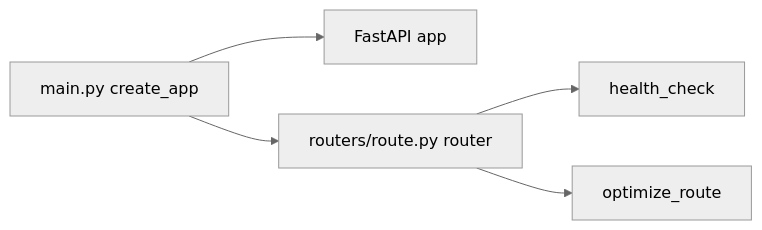
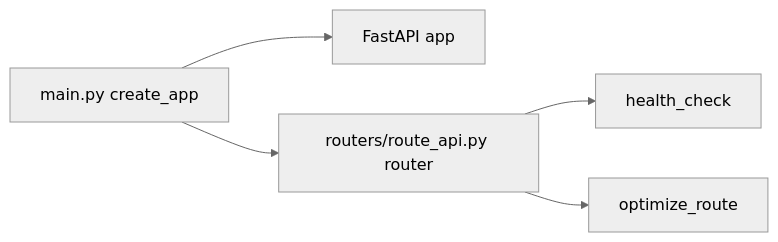
The seventh of 10 diagrams in backend/Backend-Structure.md (Duy-Nguyen-2006/Project1-Road-Finder), drawn with Mermaid (neutral theme) before and after one commit. The commit also changed other lines of this file and 20 other files, not shown here.

````diff
--- a/backend/Backend-Structure.md
+++ b/backend/Backend-Structure.md
@@ -227,7 +227,7 @@
 ```mermaid
 flowchart LR
     MAIN[main.py create_app] --> FASTAPI[FastAPI app]
-    MAIN --> ROUTER[routers/route.py router]
+    MAIN --> ROUTER[routers/route_api.py router]
     ROUTER --> HEALTH[health_check]
     ROUTER --> OPTIMIZE[optimize_route]
 ```
````
